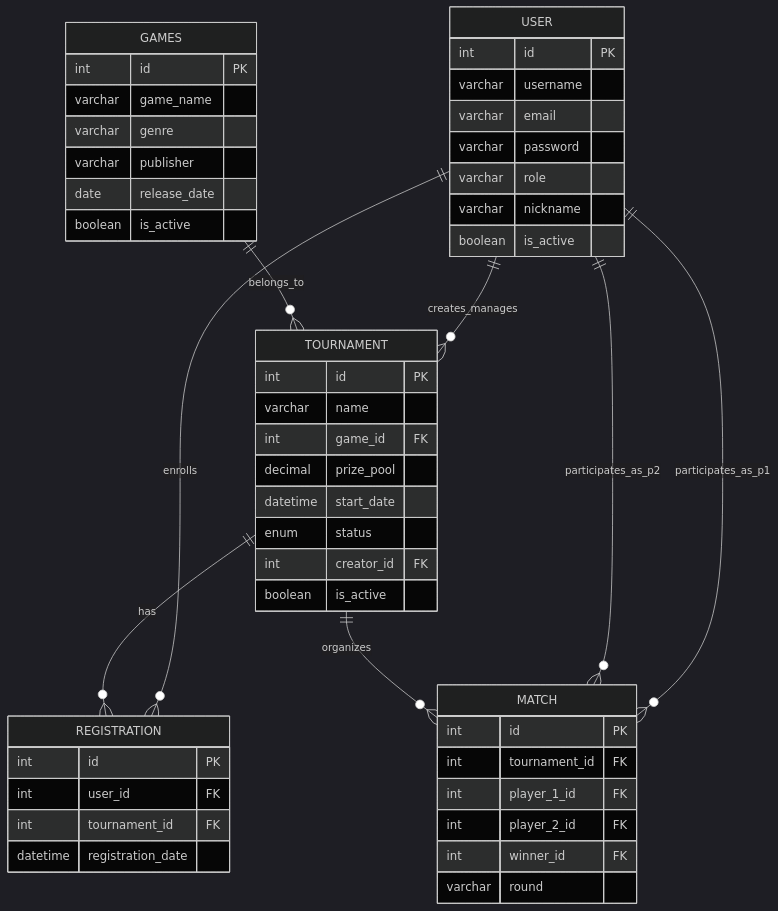
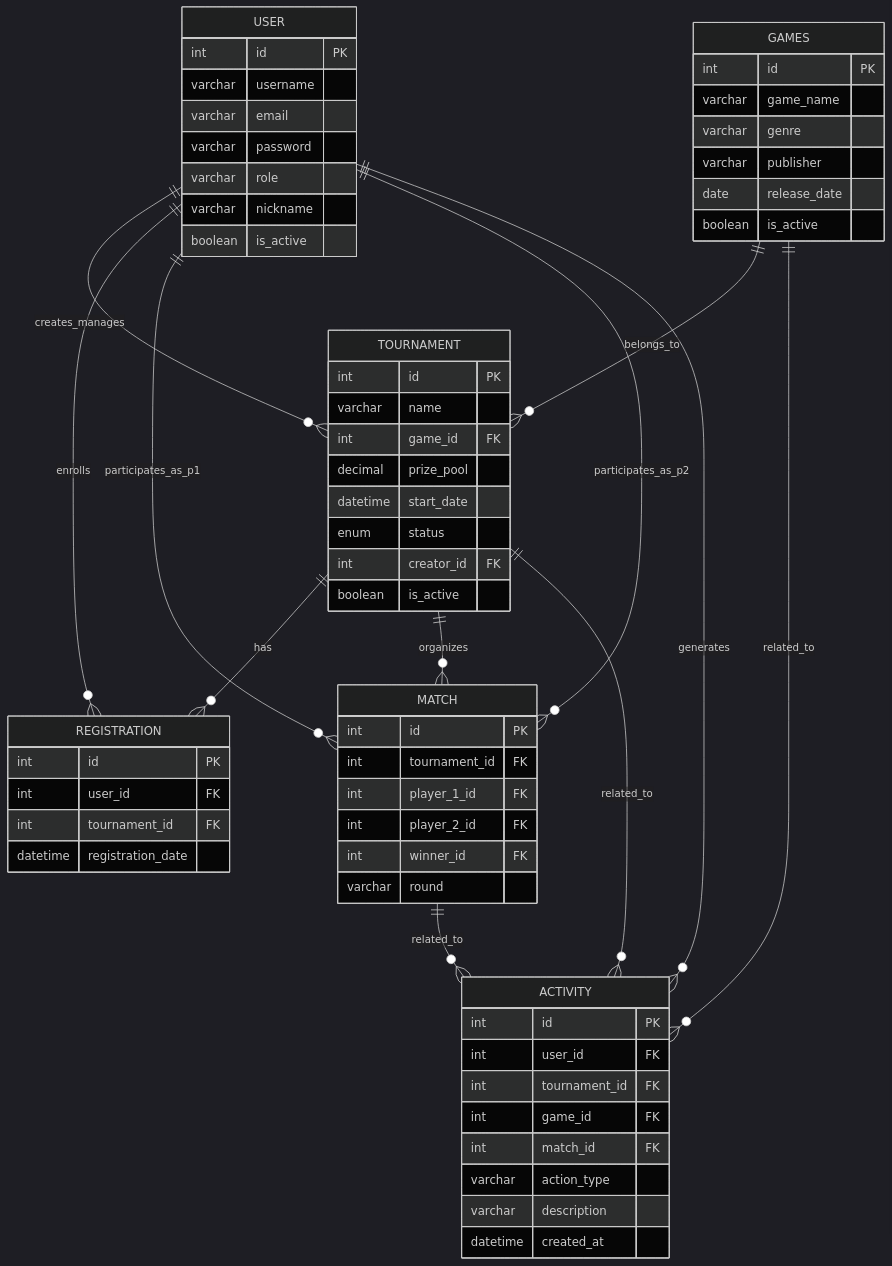
One commit to olazocaamano/VideoGames-Tournament changed the diagram in docs/erd_diagram.md. Above: the diagram before and after it, drawn with Mermaid (dark theme). The commit also changed 7 other files, not shown here.

Commit message:
feat(activity-module): [US-TF-1-02] add match and activity tables to the database, update ER diagram and data dictionary accordingly, implement activity controller and router, and add recent activities section to the admin dashboard (currently 50% functional)

````diff
--- a/docs/erd_diagram.md
+++ b/docs/erd_diagram.md
@@ -1,56 +1,74 @@
 ```mermaid
 erDiagram
     USER ||--o{ TOURNAMENT : "creates_manages"
     USER ||--o{ REGISTRATION : "enrolls"
     USER ||--o{ MATCH : "participates_as_p1"
     USER ||--o{ MATCH : "participates_as_p2"
+    USER ||--o{ ACTIVITY : "generates"
+
     TOURNAMENT ||--o{ REGISTRATION : "has"
     TOURNAMENT ||--o{ MATCH : "organizes"
+    TOURNAMENT ||--o{ ACTIVITY : "related_to"
+
     GAMES ||--o{ TOURNAMENT : "belongs_to"
+    GAMES ||--o{ ACTIVITY : "related_to"
+
+    MATCH ||--o{ ACTIVITY : "related_to"
 
     USER {
         int id PK
         varchar username
         varchar email
         varchar password
         varchar role
         varchar nickname
         boolean is_active
     }
 
     GAMES {
         int id PK
         varchar game_name
         varchar genre
         varchar publisher
         date release_date
         boolean is_active
     }
 
     TOURNAMENT {
         int id PK
         varchar name
         int game_id FK
         decimal prize_pool
         datetime start_date
         enum status
         int creator_id FK
         boolean is_active
     }
 
     REGISTRATION {
         int id PK
         int user_id FK
         int tournament_id FK
         datetime registration_date
     }
 
     MATCH {
         int id PK
         int tournament_id FK
         int player_1_id FK
         int player_2_id FK
         int winner_id FK
         varchar round
     }
+
+    ACTIVITY {
+        int id PK
+        int user_id FK
+        int tournament_id FK
+        int game_id FK
+        int match_id FK
+        varchar action_type
+        varchar description
+        datetime created_at
+    }
 ```
````
